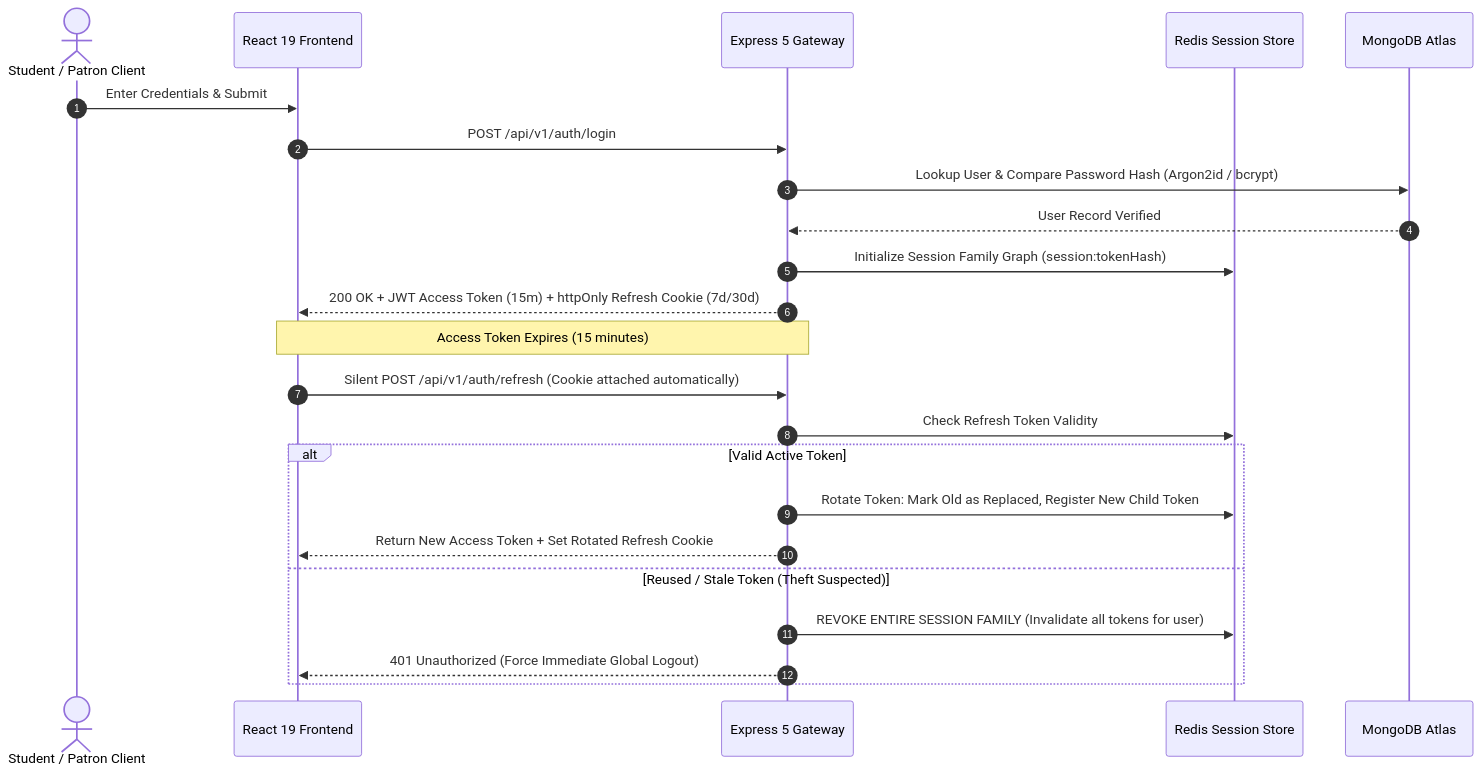
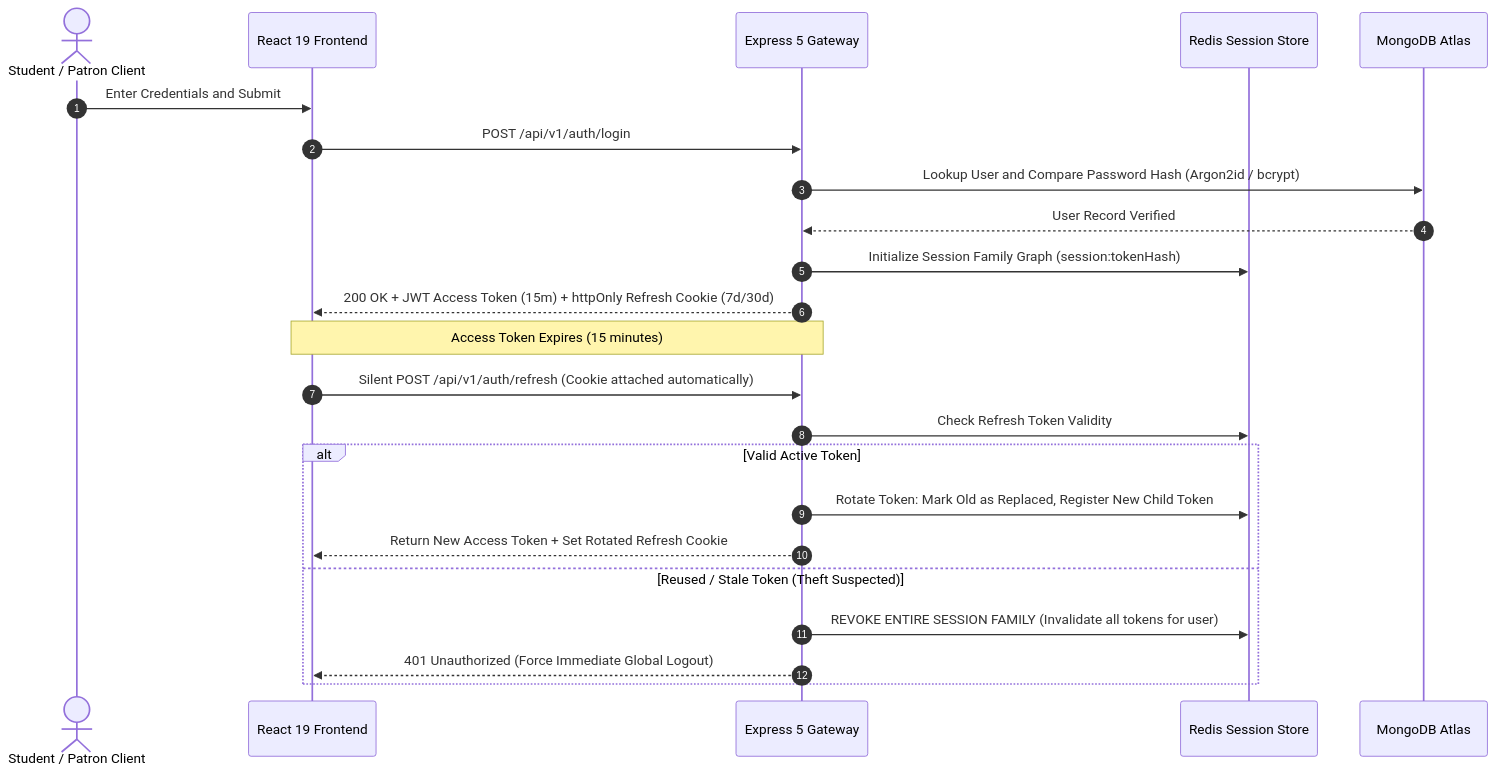
Before and after one commit to Aditya-Naikwadi/bookbuddy: the second of 3 diagrams in README.md, drawn with Mermaid. The commit also changed other lines of this file and 4 other files, not shown here.

Commit message:
docs(readme): update comprehensive documentation and fix mermaid syntax; fix(ci): resolve heartbeat and multi-layer verification target urls and redirect handling

````diff
--- a/README.md
+++ b/README.md
@@ -145,27 +145,27 @@
 ```mermaid
 sequenceDiagram
     autonumber
     actor Patron as Student / Patron Client
     participant Frontend as React 19 Frontend
     participant Gateway as Express 5 Gateway
     participant Redis as Redis Session Store
     participant DB as MongoDB Atlas
 
-    Patron->>Frontend: Enter Credentials & Submit
+    Patron->>Frontend: Enter Credentials and Submit
     Frontend->>Gateway: POST /api/v1/auth/login
-    Gateway->>DB: Lookup User & Compare Password Hash (Argon2id / bcrypt)
+    Gateway->>DB: Lookup User and Compare Password Hash (Argon2id / bcrypt)
     DB-->>Gateway: User Record Verified
     Gateway->>Redis: Initialize Session Family Graph (session:tokenHash)
     Gateway-->>Frontend: 200 OK + JWT Access Token (15m) + httpOnly Refresh Cookie (7d/30d)
 
     Note over Frontend,Gateway: Access Token Expires (15 minutes)
     Frontend->>Gateway: Silent POST /api/v1/auth/refresh (Cookie attached automatically)
     Gateway->>Redis: Check Refresh Token Validity
     alt Valid Active Token
         Gateway->>Redis: Rotate Token: Mark Old as Replaced, Register New Child Token
         Gateway-->>Frontend: Return New Access Token + Set Rotated Refresh Cookie
     else Reused / Stale Token (Theft Suspected)
         Gateway->>Redis: REVOKE ENTIRE SESSION FAMILY (Invalidate all tokens for user)
         Gateway-->>Frontend: 401 Unauthorized (Force Immediate Global Logout)
     end
 ```
````
